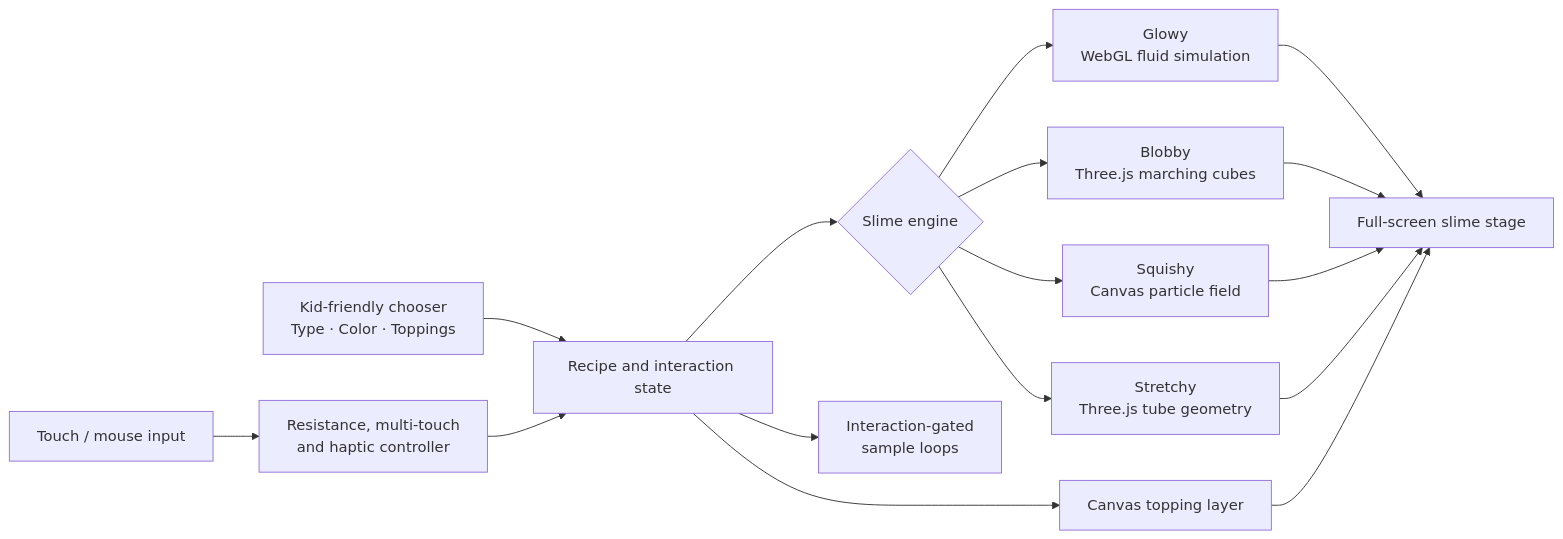
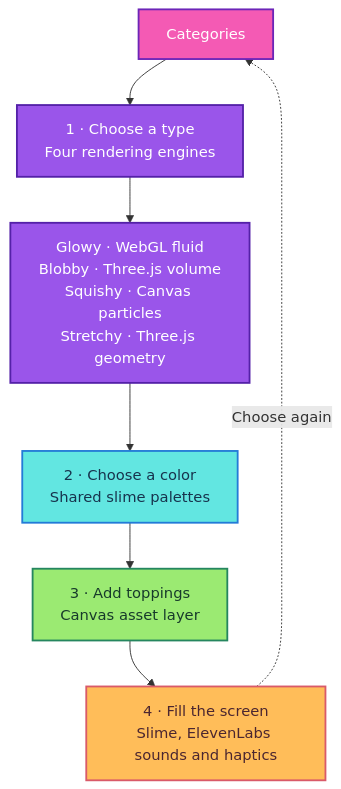
The diagram in README.md (bitpixi2/rye-ryes-slime-time), drawn with Mermaid before and after one commit. The commit also changed other lines of this file and 2 other files, not shown here.

Commit message:
Restore desktop stretching and simplify architecture

````diff
--- a/README.md
+++ b/README.md
@@ -11,18 +11,21 @@
 ```mermaid
-flowchart LR
-    UI["Kid-friendly chooser<br/>Type · Color · Toppings"] --> State["Recipe and interaction state"]
-    Touch["Touch / mouse input"] --> Feel["Resistance, multi-touch<br/>and haptic controller"]
-    Feel --> State
-    State --> Router{"Slime engine"}
-    Router --> Fluid["Glowy<br/>WebGL fluid simulation"]
-    Router --> Volume["Blobby<br/>Three.js marching cubes"]
-    Router --> Bingsu["Squishy<br/>Canvas particle field"]
-    Router --> Putty["Stretchy<br/>Three.js tube geometry"]
-    State --> Toppings["Canvas topping layer"]
-    State --> Audio["Interaction-gated<br/>sample loops"]
-    Fluid --> Stage["Full-screen slime stage"]
-    Volume --> Stage
-    Bingsu --> Stage
-    Putty --> Stage
-    Toppings --> Stage
+flowchart TB
+    UI["Categories"] --> Type["1 · Choose a type<br/>Four rendering engines"]
+    Type --> Engines["Glowy · WebGL fluid<br/>Blobby · Three.js volume<br/>Squishy · Canvas particles<br/>Stretchy · Three.js geometry"]
+    Engines --> Color["2 · Choose a color<br/>Shared slime palettes"]
+    Color --> Toppings["3 · Add toppings<br/>Canvas asset layer"]
+    Toppings --> Stage["4 · Fill the screen<br/>Slime, ElevenLabs sounds and haptics"]
+    Stage -. "Choose again" .-> UI
+
+    classDef berry fill:#f45ab4,stroke:#6c25b8,color:#ffffff,stroke-width:2px
+    classDef lime fill:#9bea72,stroke:#25865f,color:#173a2b,stroke-width:2px
+    classDef mango fill:#ffbd59,stroke:#d95a69,color:#4b2630,stroke-width:2px
+    classDef aqua fill:#62e6e1,stroke:#237bd7,color:#17334d,stroke-width:2px
+    classDef grape fill:#9a55ea,stroke:#5421a8,color:#ffffff,stroke-width:2px
+
+    class UI berry
+    class Type,Engines grape
+    class Color aqua
+    class Toppings lime
+    class Stage mango
 ```
````
